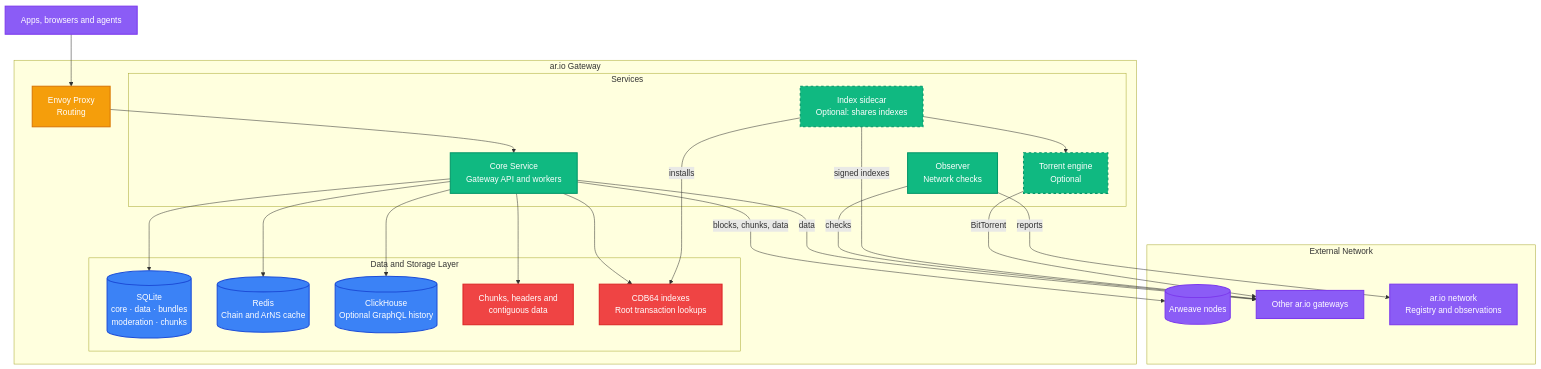
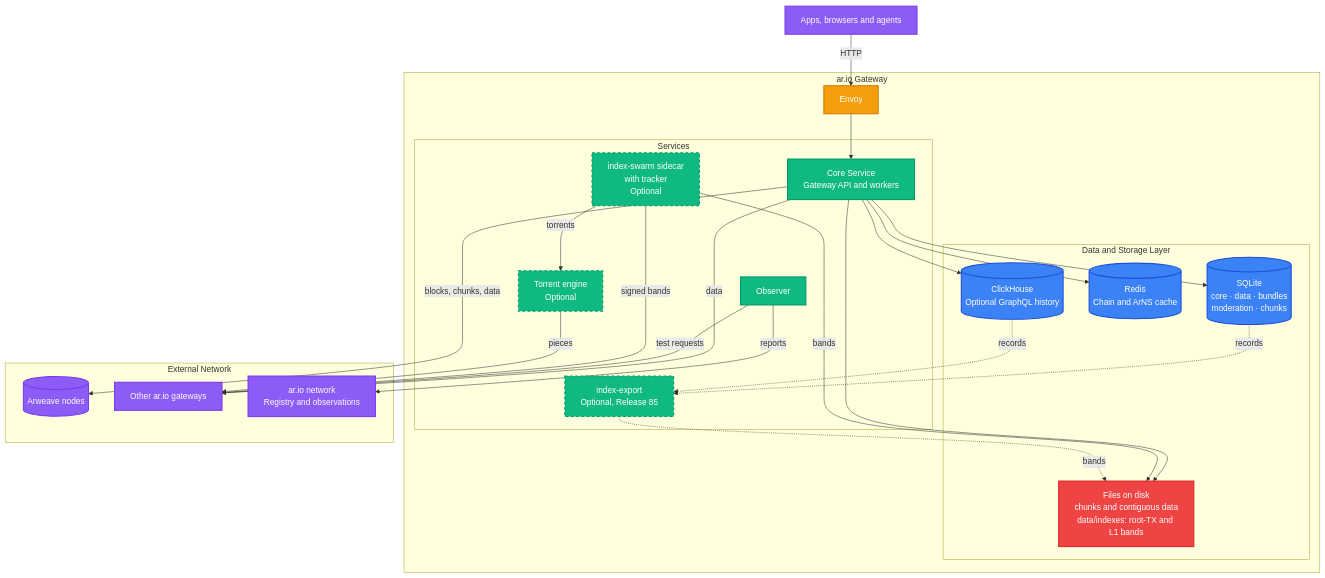
The diagram in content/learn/gateways/architecture.mdx (ar-io/docs), drawn with Mermaid before and after one commit. The commit also changed other lines of this file and 25 other files, not shown here.

First line of the commit message:
docs(gateway): Index Sharing, index-export and operator guides pass (#184)

````diff
--- a/content/learn/gateways/architecture.mdx
+++ b/content/learn/gateways/architecture.mdx
@@ -10,61 +10,63 @@
 ```mermaid
 graph TB
     CLIENTS[Apps, browsers and agents]
 
     subgraph Gateway ["ar.io Gateway"]
-        ENVOY[Envoy Proxy<br/>Routing]
+        ENVOY[Envoy]
 
         subgraph Services ["Services"]
             API[Core Service<br/>Gateway API and workers]
-            OBS[Observer<br/>Network checks]
-            SIDE[Index sidecar<br/>Optional: shares indexes]
+            OBS[Observer]
+            SIDE[index-swarm sidecar<br/>with tracker<br/>Optional]
             ENG[Torrent engine<br/>Optional]
+            EXP[index-export<br/>Optional, Release 85]
         end
 
         subgraph Local ["Data and Storage Layer"]
             SQL[(SQLite<br/>core · data · bundles<br/>moderation · chunks)]
             REDIS[(Redis<br/>Chain and ArNS cache)]
             CH[(ClickHouse<br/>Optional GraphQL history)]
-            FS[Chunks, headers and<br/>contiguous data]
-            CDB[CDB64 indexes<br/>Root transaction lookups]
+            FS[Files on disk<br/>chunks and contiguous data<br/>data/indexes: root-TX and L1 bands]
         end
     end
 
     subgraph External ["External Network"]
         ARWEAVE[(Arweave nodes)]
         PEERS[Other ar.io gateways]
         NETWORK[ar.io network<br/>Registry and observations]
     end
 
-    CLIENTS --> ENVOY
+    CLIENTS -->|HTTP| ENVOY
     ENVOY --> API
-    SIDE --> ENG
 
     API --> SQL
     API --> REDIS
     API --> CH
     API --> FS
-    API --> CDB
-    SIDE -->|installs| CDB
+    SIDE -->|bands| FS
+    SIDE -->|torrents| ENG
+    SQL -.->|records| EXP
+    CH -.->|records| EXP
+    EXP -.->|bands| FS
 
     API -->|blocks, chunks, data| ARWEAVE
     API -->|data| PEERS
-    OBS -->|checks| PEERS
+    OBS -->|test requests| PEERS
     OBS -->|reports| NETWORK
-    SIDE -->|signed indexes| PEERS
-    ENG -->|BitTorrent| PEERS
+    SIDE -->|signed bands| PEERS
+    ENG -->|pieces| PEERS
 
     classDef database fill:#3b82f6,stroke:#1d4ed8,stroke-width:2px,color:#fff
     classDef service fill:#10b981,stroke:#059669,stroke-width:2px,color:#fff
     classDef proxy fill:#f59e0b,stroke:#d97706,stroke-width:2px,color:#fff
     classDef external fill:#8b5cf6,stroke:#7c3aed,stroke-width:2px,color:#fff
     classDef storage fill:#ef4444,stroke:#dc2626,stroke-width:2px,color:#fff
     classDef optional fill:#10b981,stroke:#059669,stroke-width:2px,color:#fff,stroke-dasharray: 5 5
 
     class SQL,REDIS,CH database
     class API,OBS service
-    class SIDE,ENG optional
+    class SIDE,ENG,EXP optional
     class ENVOY proxy
     class CLIENTS,PEERS,ARWEAVE,NETWORK external
-    class FS,CDB storage
+    class FS storage
 ```
````
